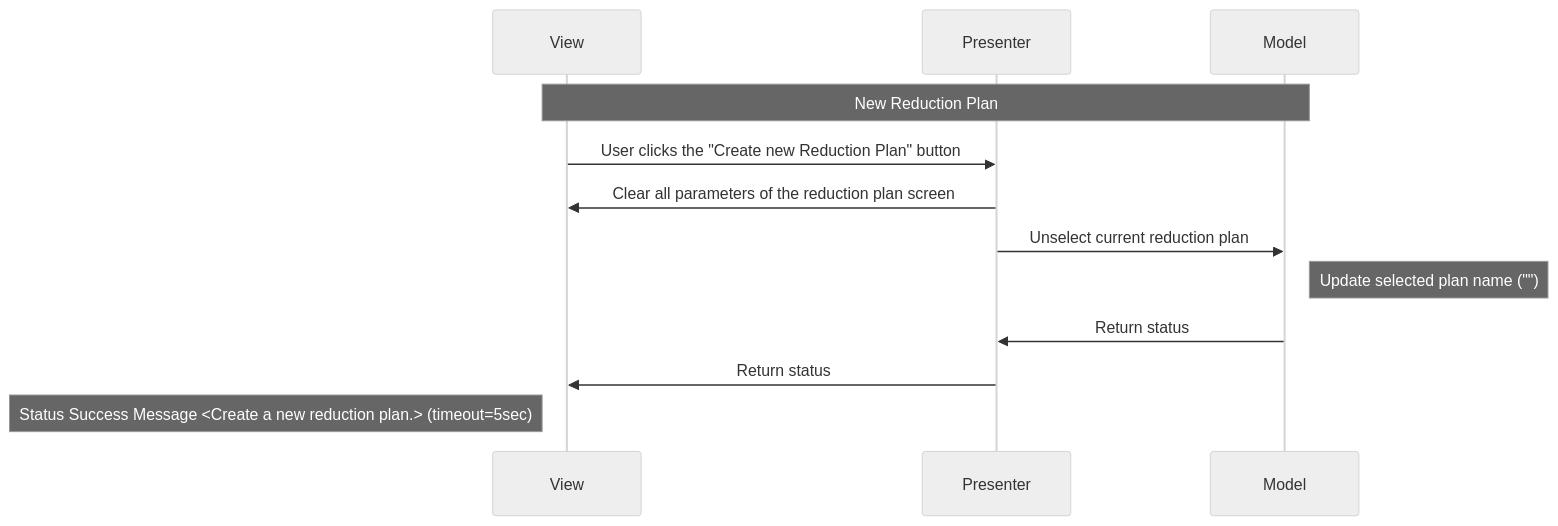
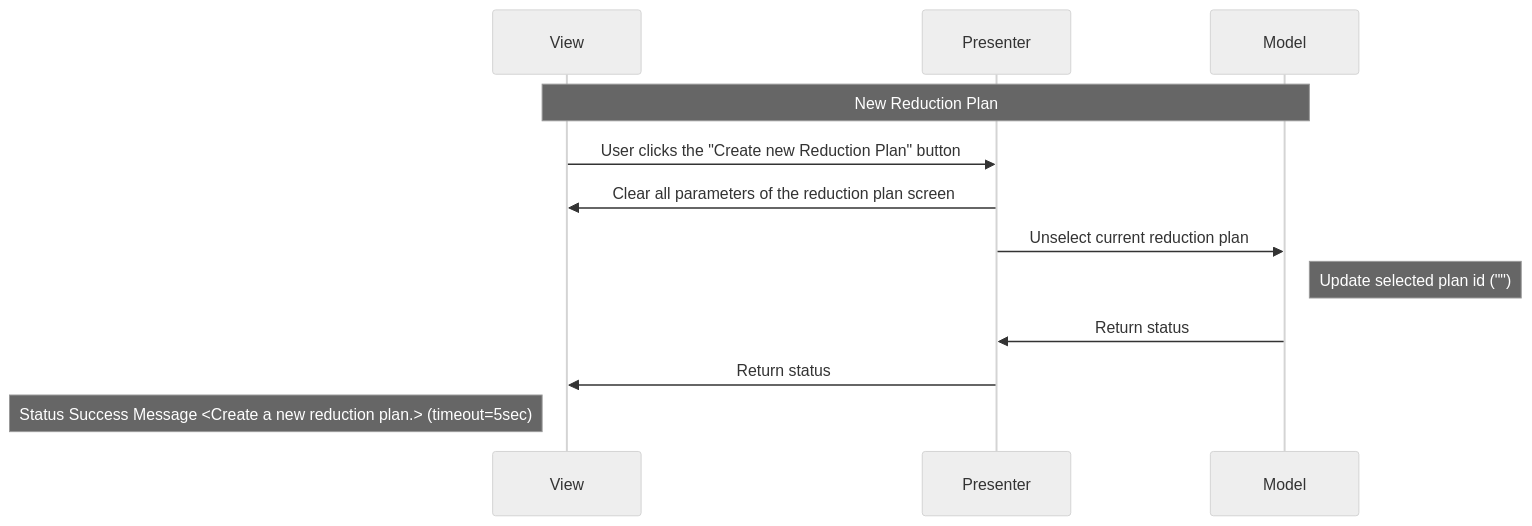
Before and after one commit to neutrons/garnet: the fourth of 14 diagrams in docs/source/design/reduction_plan_mvp.rst, drawn with Mermaid (neutral theme). The commit also changed other lines of this file and 1 other file, not shown here.

Commit message:
unique identifier for reduction plan model, functionality updated, filepath exposed

```diff
--- a/docs/source/design/reduction_plan_mvp.rst
+++ b/docs/source/design/reduction_plan_mvp.rst
@@ -285,15 +308,14 @@
     .. mermaid::
 
         sequenceDiagram
             participant View
             participant Presenter
             participant Model
-
             Note over View,Model: New Reduction Plan
             View->>Presenter: User clicks the "Create new Reduction Plan" button
             Presenter->>View: Clear all parameters of the reduction plan screen
             Presenter->>Model: Unselect current reduction plan
-            Note right of Model: Update selected plan name ("")
+            Note right of Model: Update selected plan id ("")
             Model->>Presenter: Return status
             Presenter->>View: Return status
             Note left of View: Status Success Message <Create a new reduction plan.> (timeout=5sec)
```
